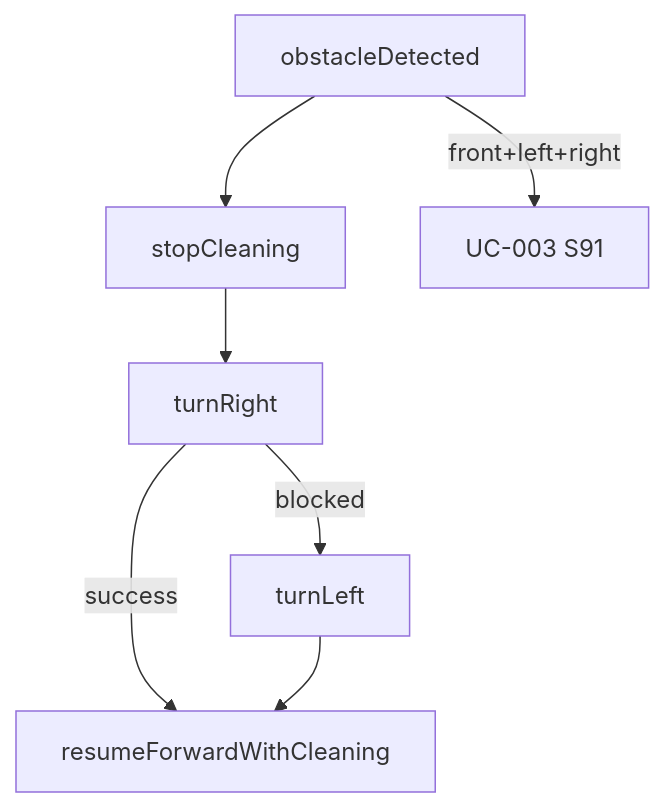
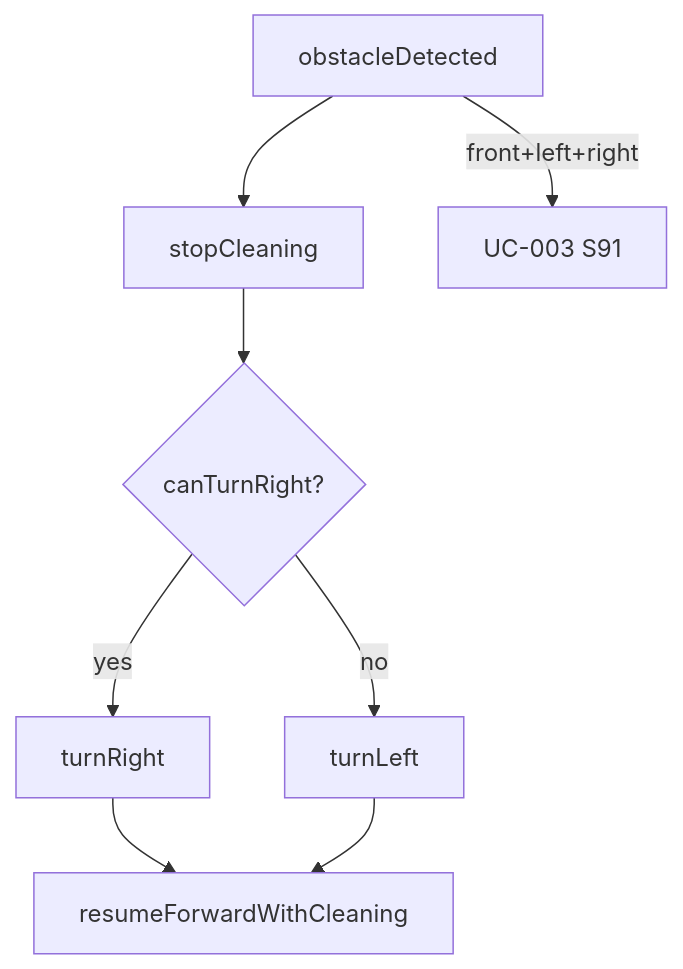
One commit to yul2yak/rvc_control_ooad changed the first of 4 diagrams in docs/OOA/UseCases/UC-002.md. Above: the diagram before and after it, drawn with Mermaid. The commit also changed other lines of this file and 2 other files, not shown here.

````diff
--- a/docs/OOA/UseCases/UC-002.md
+++ b/docs/OOA/UseCases/UC-002.md
@@ -62,9 +62,10 @@
 ```mermaid
 flowchart TD
   Start[obstacleDetected] --> Stop[stopCleaning]
-  Stop --> TryR[turnRight]
-  TryR -->|success| Resume[resumeForwardWithCleaning]
-  TryR -->|blocked| TryL[turnLeft]
+  Stop --> Check{canTurnRight?}
+  Check -->|yes| TryR[turnRight]
+  Check -->|no| TryL[turnLeft]
+  TryR --> Resume[resumeForwardWithCleaning]
   TryL --> Resume
   Start -->|front+left+right| UC003[UC-003 S91]
 ```
````
